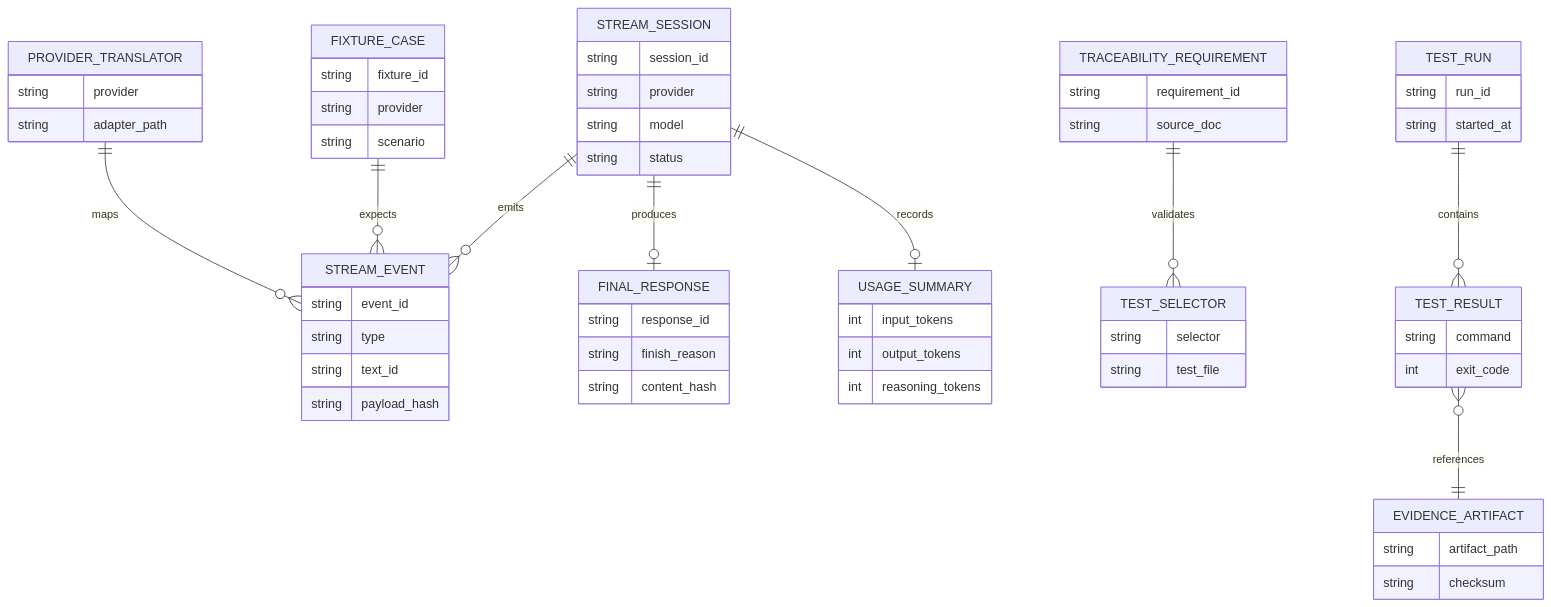
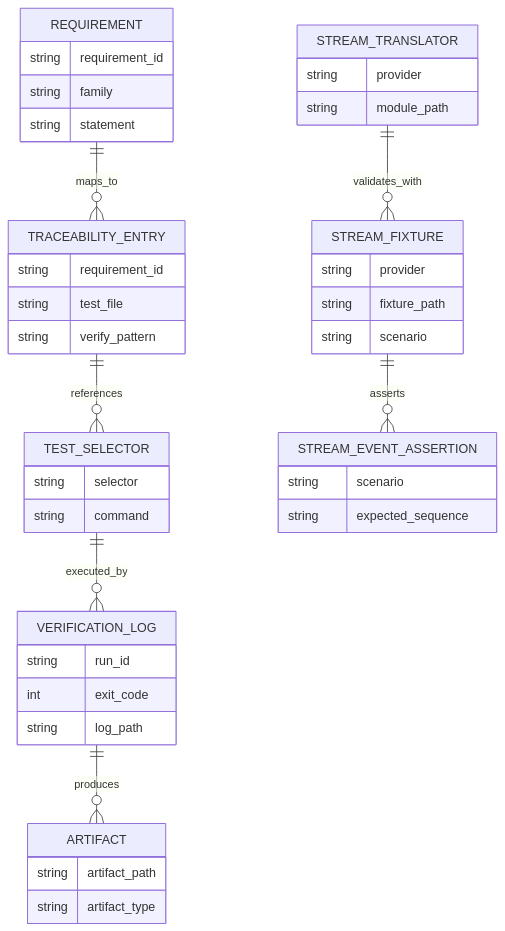
The second of 5 diagrams in docs/sprints/SPRINT-005-comprehensive-implementation-plan.md (jaytaylor/attractor-tcl), drawn with Mermaid before and after one commit. The commit also changed other lines of this file, not shown here.

Commit message:
docs(sprint-005): mark comprehensive plan executed with fresh evidence matrix

````diff
--- a/docs/sprints/SPRINT-005-comprehensive-implementation-plan.md
+++ b/docs/sprints/SPRINT-005-comprehensive-implementation-plan.md
@@ -1009,63 +1834,46 @@
 ```mermaid
 erDiagram
-  STREAM_SESSION ||--o{ STREAM_EVENT : emits
-  STREAM_SESSION ||--o| FINAL_RESPONSE : produces
-  STREAM_SESSION ||--o| USAGE_SUMMARY : records
-  PROVIDER_TRANSLATOR ||--o{ STREAM_EVENT : maps
-  FIXTURE_CASE ||--o{ STREAM_EVENT : expects
-  TRACEABILITY_REQUIREMENT ||--o{ TEST_SELECTOR : validates
-  TEST_RUN ||--o{ TEST_RESULT : contains
-  TEST_RESULT }o--|| EVIDENCE_ARTIFACT : references
+  REQUIREMENT ||--o{ TRACEABILITY_ENTRY : maps_to
+  TRACEABILITY_ENTRY ||--o{ TEST_SELECTOR : references
+  TEST_SELECTOR ||--o{ VERIFICATION_LOG : executed_by
+  VERIFICATION_LOG ||--o{ ARTIFACT : produces
+  STREAM_TRANSLATOR ||--o{ STREAM_FIXTURE : validates_with
+  STREAM_FIXTURE ||--o{ STREAM_EVENT_ASSERTION : asserts
 
-  STREAM_SESSION {
-    string session_id
-    string provider
-    string model
-    string status
+  REQUIREMENT {
+    string requirement_id
+    string family
+    string statement
   }
-  STREAM_EVENT {
-    string event_id
-    string type
-    string text_id
-    string payload_hash
-  }
-  FINAL_RESPONSE {
-    string response_id
-    string finish_reason
-    string content_hash
-  }
-  USAGE_SUMMARY {
-    int input_tokens
-    int output_tokens
-    int reasoning_tokens
-  }
-  PROVIDER_TRANSLATOR {
-    string provider
-    string adapter_path
-  }
-  FIXTURE_CASE {
-    string fixture_id
-    string provider
-    string scenario
-  }
-  TRACEABILITY_REQUIREMENT {
+  TRACEABILITY_ENTRY {
     string requirement_id
-    string source_doc
+    string test_file
+    string verify_pattern
   }
   TEST_SELECTOR {
     string selector
-    string test_file
+    string command
   }
-  TEST_RUN {
+  VERIFICATION_LOG {
     string run_id
-    string started_at
+    int exit_code
+    string log_path
   }
-  TEST_RESULT {
-    string command
-    int exit_code
+  ARTIFACT {
+    string artifact_path
+    string artifact_type
   }
-  EVIDENCE_ARTIFACT {
-    string artifact_path
-    string checksum
+  STREAM_TRANSLATOR {
+    string provider
+    string module_path
+  }
+  STREAM_FIXTURE {
+    string provider
+    string fixture_path
+    string scenario
+  }
+  STREAM_EVENT_ASSERTION {
+    string scenario
+    string expected_sequence
   }
 ```
````
